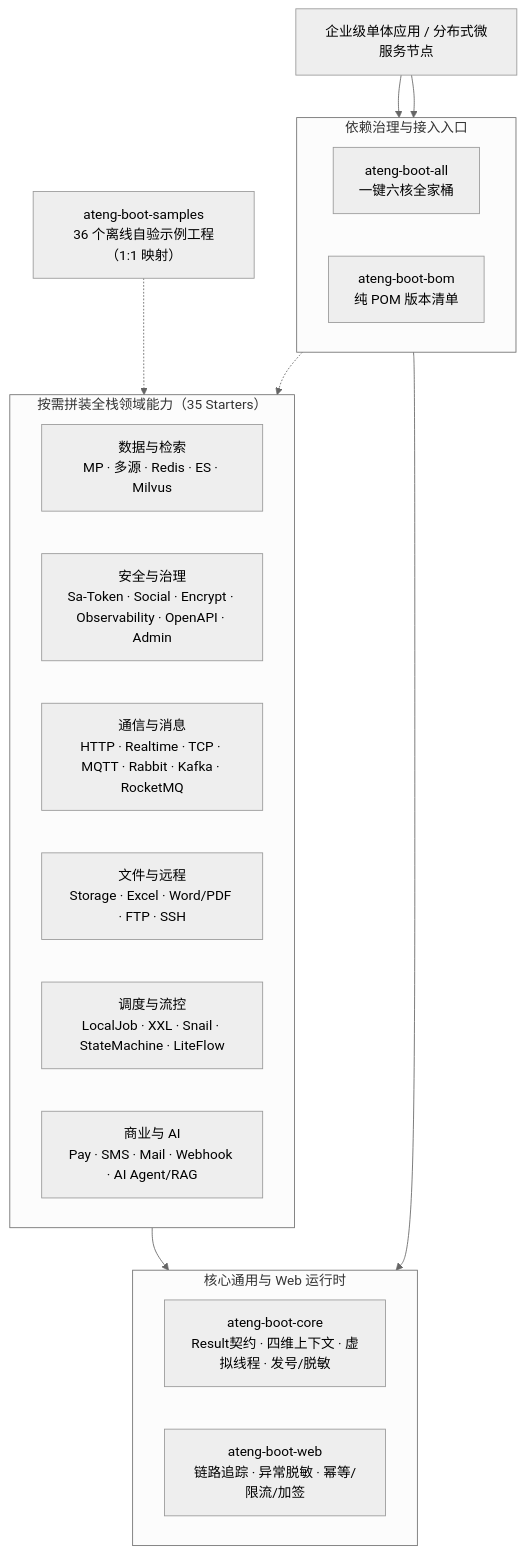
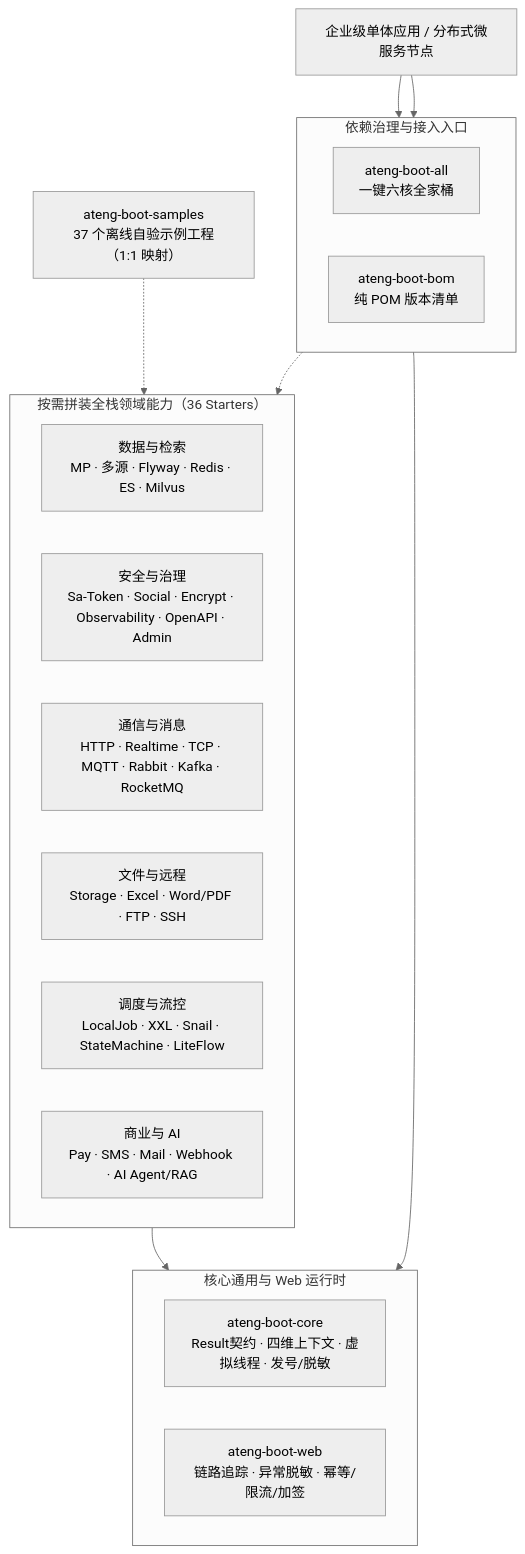
One commit to atengk/ateng-boot changed the diagram in README.md. Above: the diagram before and after it, drawn with Mermaid (neutral theme). The commit also changed other lines of this file and 9 other files, not shown here.

````diff
--- a/README.md
+++ b/README.md
@@ -23,35 +23,35 @@
 ```mermaid
 flowchart TB
     APP["企业级单体应用 / 分布式微服务节点"]
 
     subgraph GOV["依赖治理与接入入口"]
         direction LR
         ALL["ateng-boot-all<br/>一键六核全家桶"]
         BOM["ateng-boot-bom<br/>纯 POM 版本清单"]
     end
 
     subgraph BASE["核心通用与 Web 运行时"]
         direction LR
         CORE["ateng-boot-core<br/>Result契约 · 四维上下文 · 虚拟线程 · 发号/脱敏"]
         WEB["ateng-boot-web<br/>链路追踪 · 异常脱敏 · 幂等/限流/加签"]
     end
 
-    subgraph DOMAINS["按需拼装全栈领域能力（35 Starters）"]
+    subgraph DOMAINS["按需拼装全栈领域能力（36 Starters）"]
         direction LR
-        D1["数据与检索<br/>MP · 多源 · Redis · ES · Milvus"]
+        D1["数据与检索<br/>MP · 多源 · Flyway · Redis · ES · Milvus"]
         D2["安全与治理<br/>Sa-Token · Social · Encrypt · Observability · OpenAPI · Admin"]
         D3["通信与消息<br/>HTTP · Realtime · TCP · MQTT · Rabbit · Kafka · RocketMQ"]
         D4["文件与远程<br/>Storage · Excel · Word/PDF · FTP · SSH"]
         D5["调度与流控<br/>LocalJob · XXL · Snail · StateMachine · LiteFlow"]
         D6["商业与 AI<br/>Pay · SMS · Mail · Webhook · AI Agent/RAG"]
     end
 
-    SAMPLES["ateng-boot-samples<br/>36 个离线自验示例工程（1:1 映射）"]
+    SAMPLES["ateng-boot-samples<br/>37 个离线自验示例工程（1:1 映射）"]
 
     APP --> ALL
     APP --> BOM
     ALL --> BASE
     BOM -.-> DOMAINS
     DOMAINS --> BASE
     SAMPLES -.-> DOMAINS
 ```
````
